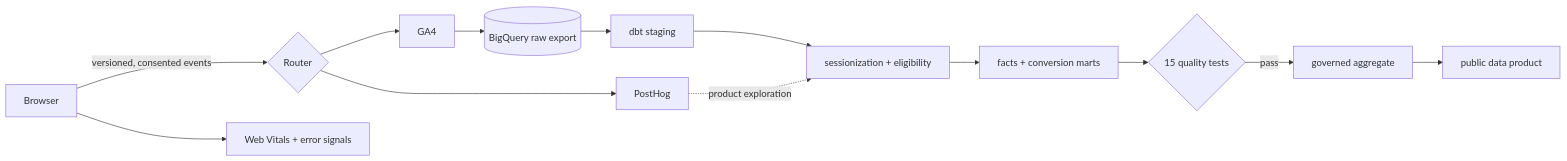
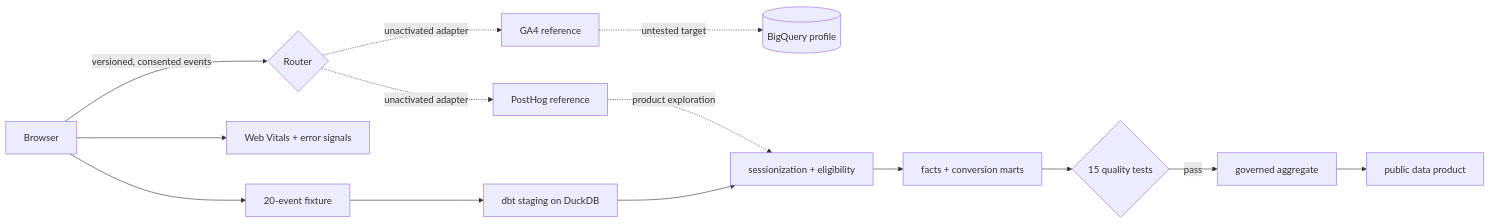
The diagram in projects/portfolio-intelligence-platform/README.md (KushPatel29/KushPatel29.github.io), drawn with Mermaid before and after one commit. The commit also changed other lines of this file and 22 other files, not shown here.

````diff
--- a/projects/portfolio-intelligence-platform/README.md
+++ b/projects/portfolio-intelligence-platform/README.md
@@ -23,15 +23,16 @@
 ```mermaid
 flowchart LR
   B[Browser] -->|versioned, consented events| R{Router}
-  R --> G[GA4]
-  R --> P[PostHog]
+  R -. unactivated adapter .-> G[GA4 reference]
+  R -. unactivated adapter .-> P[PostHog reference]
   B --> W[Web Vitals + error signals]
-  G --> BQ[(BigQuery raw export)]
-  BQ --> S[dbt staging]
+  G -. untested target .-> BQ[(BigQuery profile)]
+  B[Browser] --> SEED[20-event fixture]
+  SEED --> S[dbt staging on DuckDB]
   S --> I[sessionization + eligibility]
   I --> F[facts + conversion marts]
   F --> Q{15 quality tests}
   Q -->|pass| D[governed aggregate]
   D --> UI[public data product]
   P -. product exploration .-> I
 ```
````
